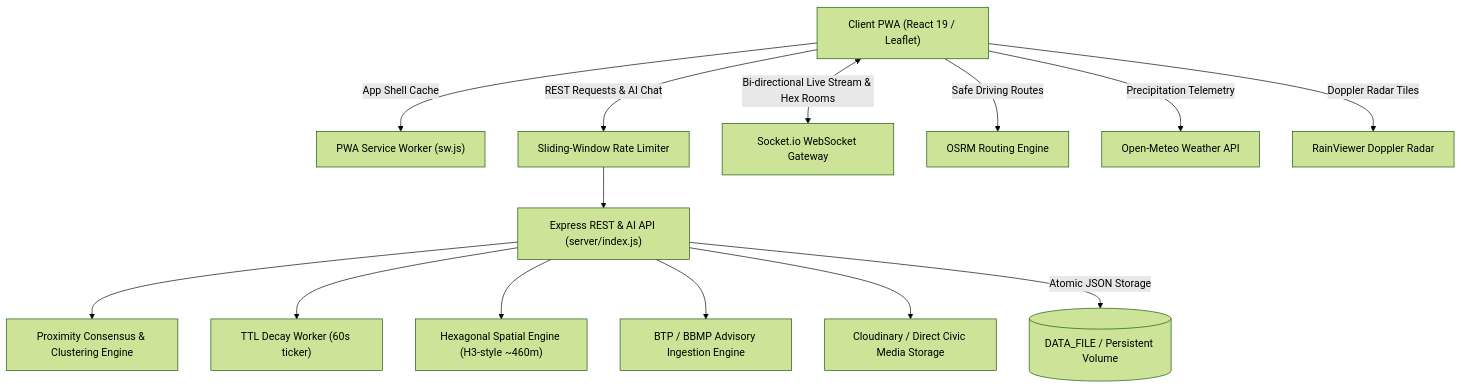
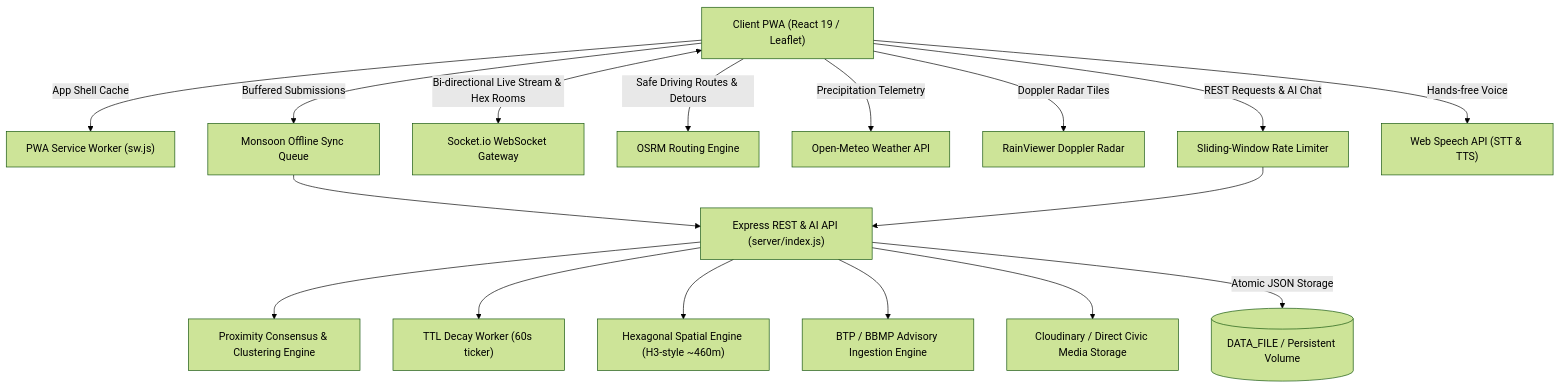
One commit to Vedant817/NammaDrishti changed the diagram in README.md. Above: the diagram before and after it, drawn with Mermaid (forest theme). The commit also changed other lines of this file and 26 other files, not shown here.

````diff
--- a/README.md
+++ b/README.md
@@ -34,29 +39,33 @@
 ```mermaid
 graph TD
     Client["Client PWA (React 19 / Leaflet)"]
     ServiceWorker["PWA Service Worker (sw.js)"]
     API["Express REST & AI API (server/index.js)"]
     RateLimiter["Sliding-Window Rate Limiter"]
     Sockets["Socket.io WebSocket Gateway"]
     SpatialHex["Hexagonal Spatial Engine (H3-style ~460m)"]
     Consensus["Proximity Consensus & Clustering Engine"]
     Decay["TTL Decay Worker (60s ticker)"]
     BTPIngestion["BTP / BBMP Advisory Ingestion Engine"]
     MediaStorage["Cloudinary / Direct Civic Media Storage"]
     OSRM["OSRM Routing Engine"]
     OpenMeteo["Open-Meteo Weather API"]
     RainViewer["RainViewer Doppler Radar"]
+    OfflineQueue["Monsoon Offline Sync Queue"]
+    VoiceEngine["Web Speech API (STT & TTS)"]
 
     Client -->|App Shell Cache| ServiceWorker
+    Client -->|Buffered Submissions| OfflineQueue --> API
+    Client -->|Hands-free Voice| VoiceEngine
     Client -->|REST Requests & AI Chat| RateLimiter --> API
     Client <-->|Bi-directional Live Stream & Hex Rooms| Sockets
     API --> Consensus
     API --> Decay
     API --> SpatialHex
     API --> BTPIngestion
     API --> MediaStorage
-    Client -->|Safe Driving Routes| OSRM
+    Client -->|Safe Driving Routes & Detours| OSRM
     Client -->|Doppler Radar Tiles| RainViewer
     Client -->|Precipitation Telemetry| OpenMeteo
     API -->|Atomic JSON Storage| LocalDisk[(DATA_FILE / Persistent Volume)]
 ```
````
